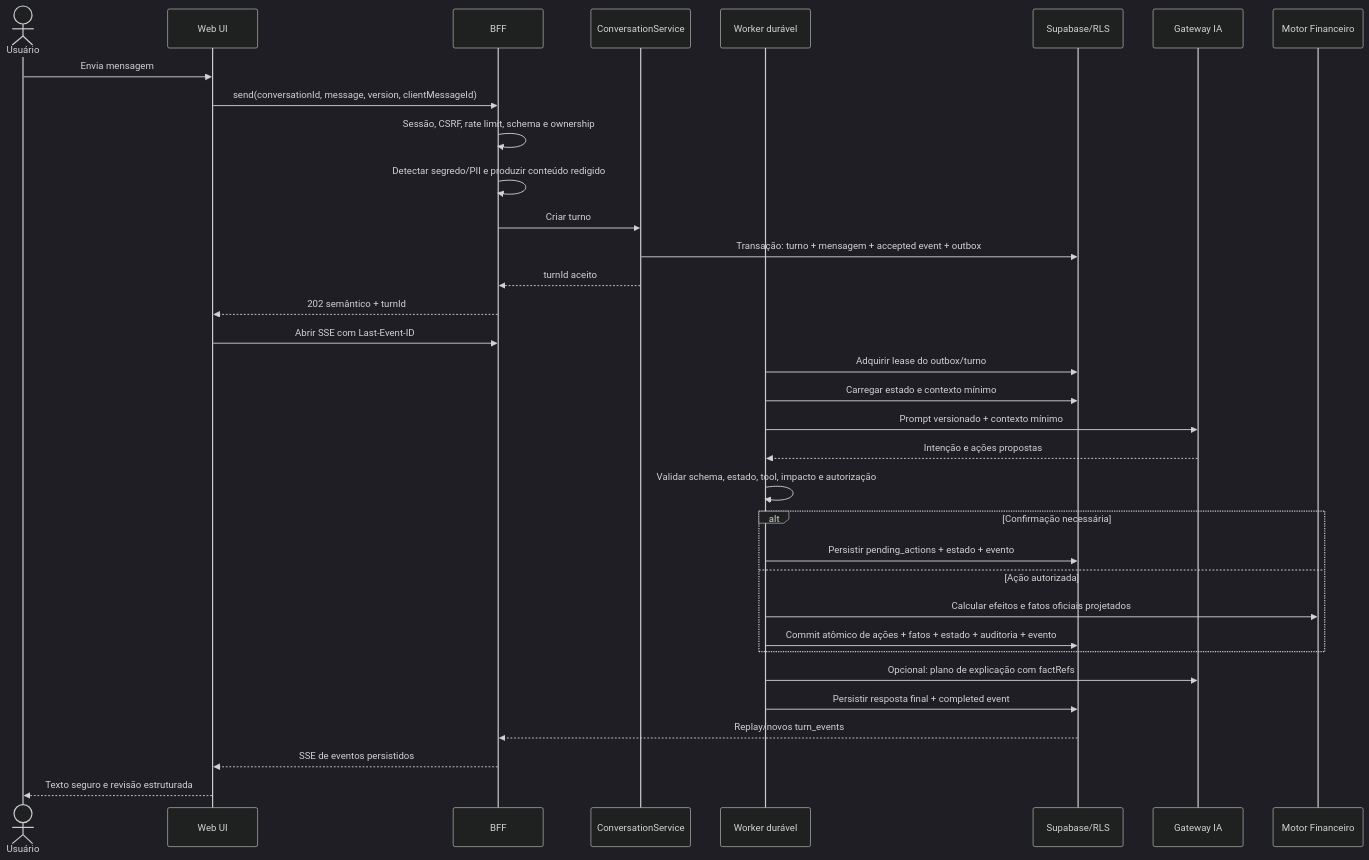
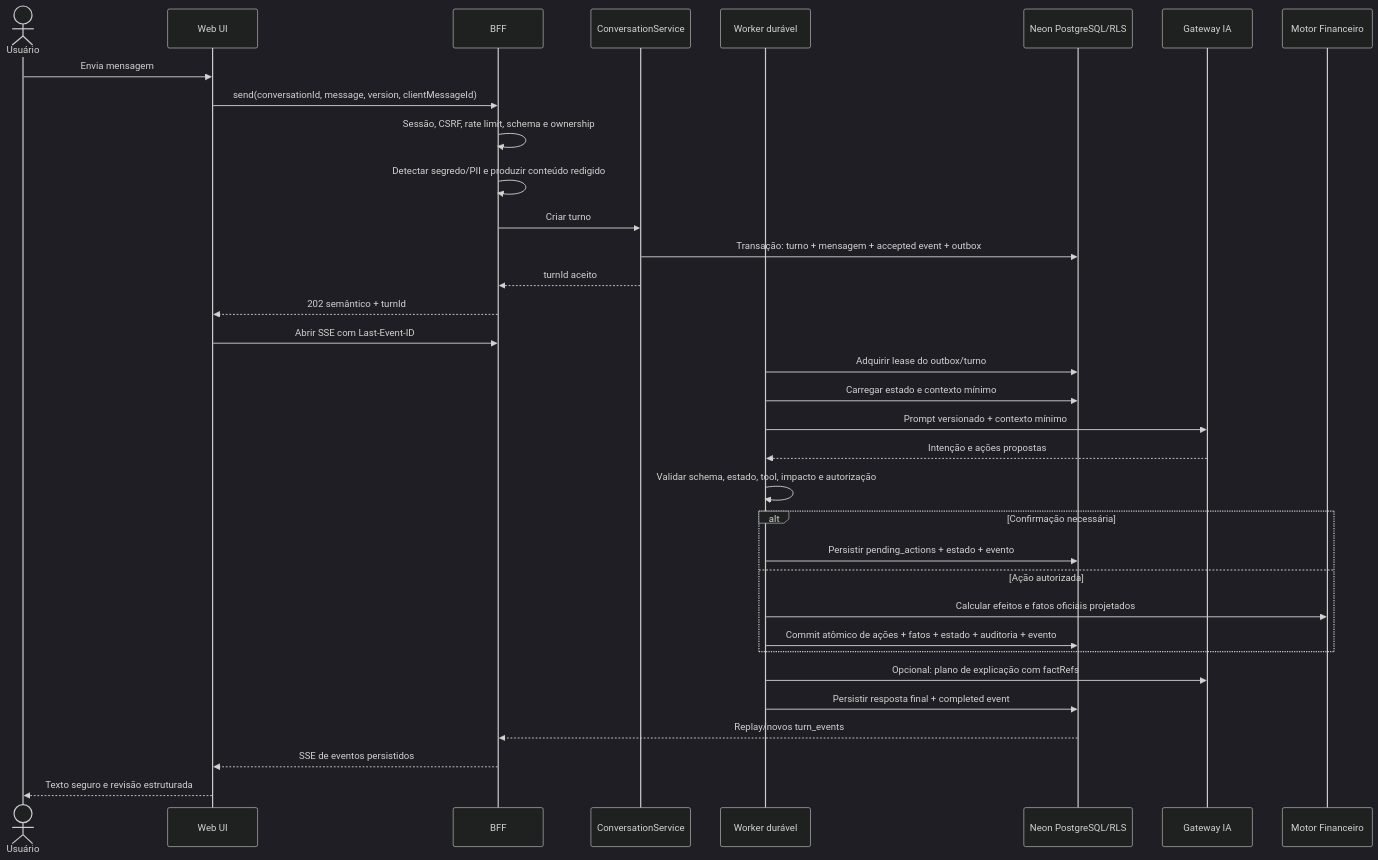
Before and after one commit to Douglas0101/preco-que-da-lucro: the fourth of 4 diagrams in SDD.md, drawn with Mermaid (dark theme). The commit also changed other lines of this file, not shown here.

````diff
--- a/SDD.md
+++ b/SDD.md
@@ -1720,37 +1769,37 @@
 ```mermaid
 sequenceDiagram
   actor U as Usuário
   participant UI as Web UI
   participant B as BFF
   participant C as ConversationService
   participant W as Worker durável
-  participant DB as Supabase/RLS
+  participant DB as Neon PostgreSQL/RLS
   participant AI as Gateway IA
   participant F as Motor Financeiro
 
   U->>UI: Envia mensagem
   UI->>B: send(conversationId, message, version, clientMessageId)
   B->>B: Sessão, CSRF, rate limit, schema e ownership
   B->>B: Detectar segredo/PII e produzir conteúdo redigido
   B->>C: Criar turno
   C->>DB: Transação: turno + mensagem + accepted event + outbox
   C-->>B: turnId aceito
   B-->>UI: 202 semântico + turnId
   UI->>B: Abrir SSE com Last-Event-ID
   W->>DB: Adquirir lease do outbox/turno
   W->>DB: Carregar estado e contexto mínimo
   W->>AI: Prompt versionado + contexto mínimo
   AI-->>W: Intenção e ações propostas
   W->>W: Validar schema, estado, tool, impacto e autorização
   alt Confirmação necessária
     W->>DB: Persistir pending_actions + estado + evento
   else Ação autorizada
     W->>F: Calcular efeitos e fatos oficiais projetados
     W->>DB: Commit atômico de ações + fatos + estado + auditoria + evento
   end
   W->>AI: Opcional: plano de explicação com factRefs
   W->>DB: Persistir resposta final + completed event
   DB-->>B: Replay/novos turn_events
   B-->>UI: SSE de eventos persistidos
   UI-->>U: Texto seguro e revisão estruturada
 ```
````
